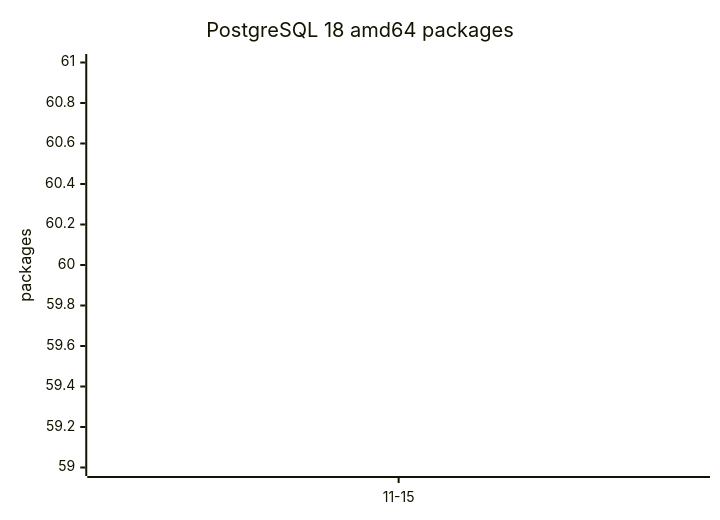
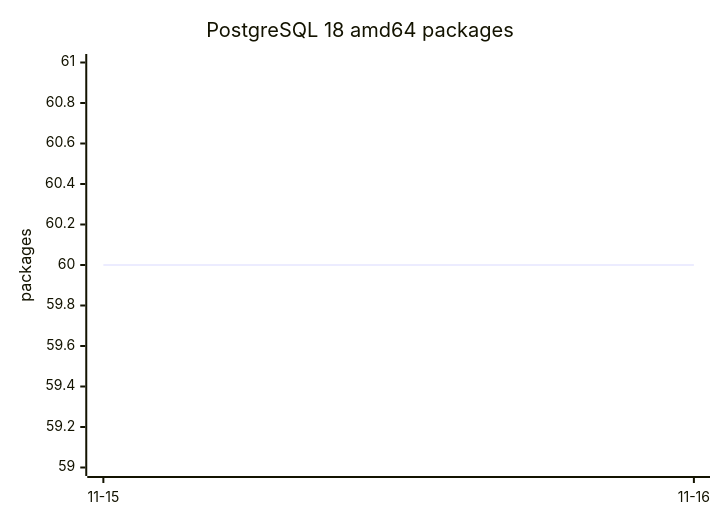
One commit to openserbia/postgres-wolfi changed the diagram in README.md. Above: the diagram before and after it, drawn with Mermaid. The commit also changed other lines of this file and 1 other file, not shown here.

Commit message:
chore: record Wolfi package counts

````diff
--- a/README.md
+++ b/README.md
@@ -16,7 +16,7 @@
 ```mermaid
 xychart-beta
     title "PostgreSQL 18 amd64 packages"
-    x-axis ["11-15"]
+    x-axis ["11-15", "11-16"]
     y-axis "packages" 59 --> 61
-    line [60]
+    line [60, 60]
 ```
````
